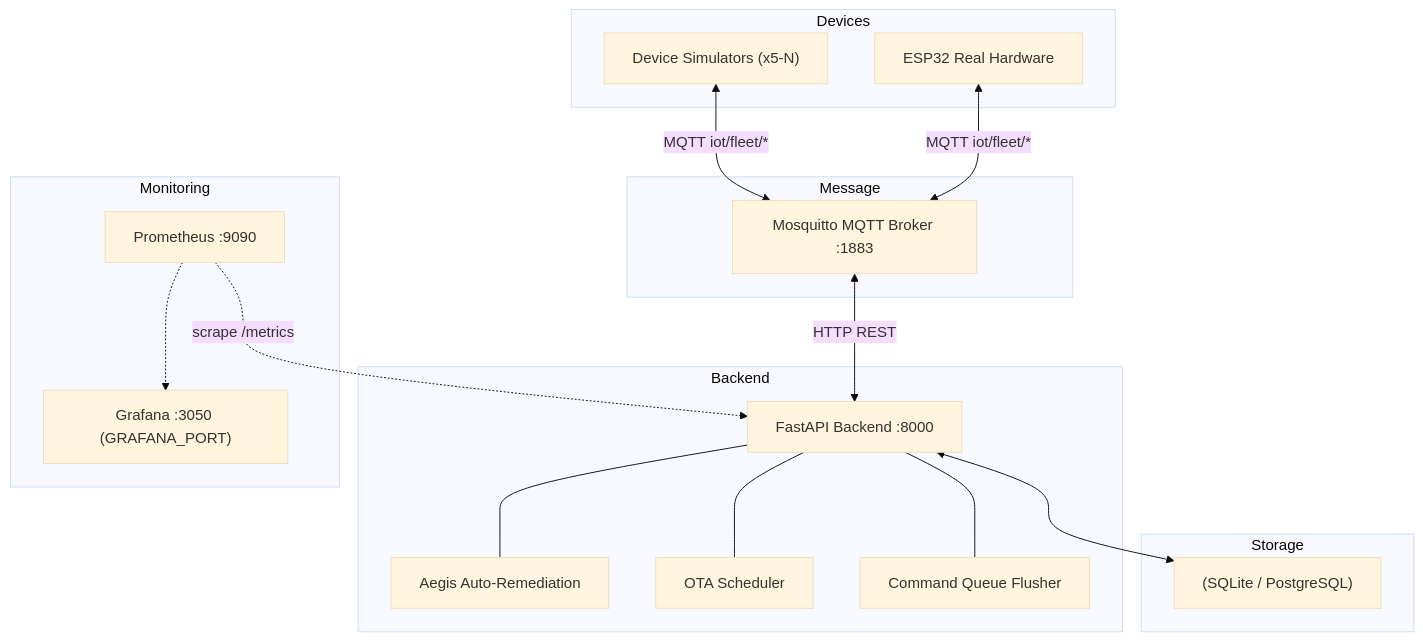
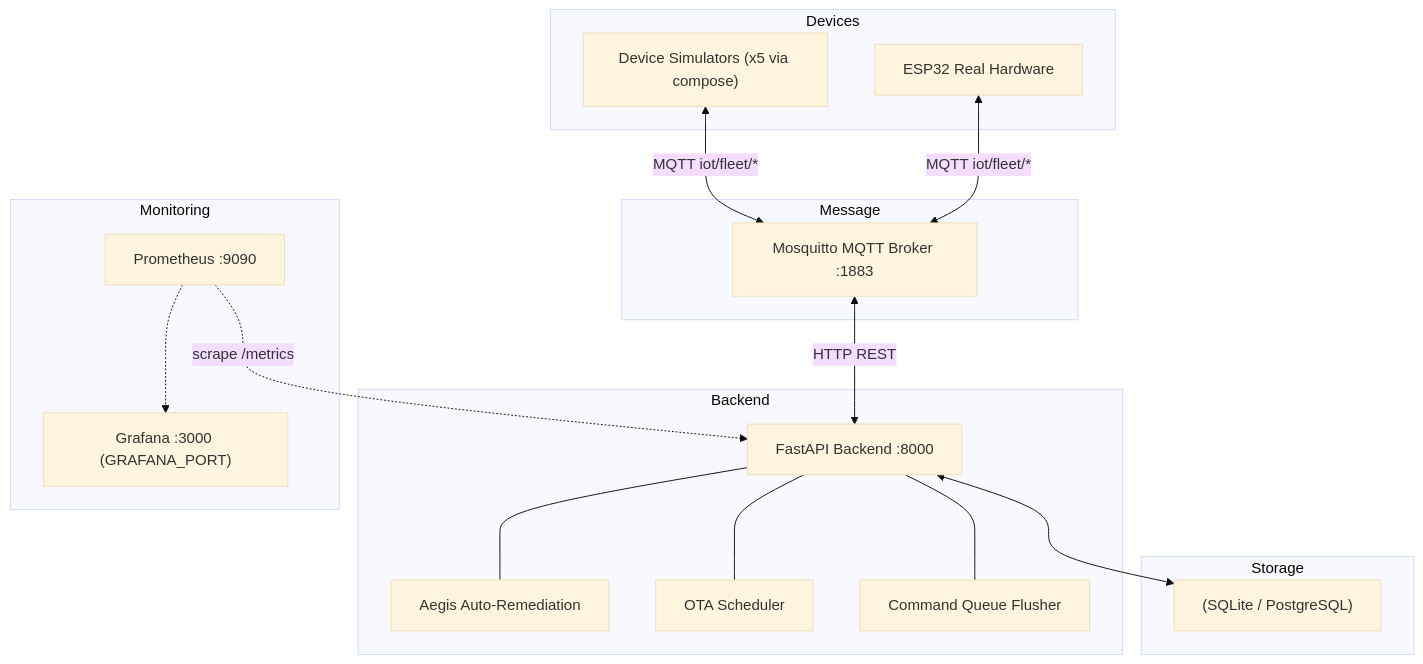
The first of 2 diagrams in README.md (yevano09/fleet-management), drawn with Mermaid (base theme) before and after one commit. The commit also changed other lines of this file and 14 other files, not shown here.

````diff
--- a/README.md
+++ b/README.md
@@ -7,31 +7,31 @@
 ```mermaid
 graph TB
     subgraph Devices["Devices"]
-        SIM["Device Simulators (x5-N)"]
+        SIM["Device Simulators (x5 via compose)"]
         ESP["ESP32 Real Hardware"]
     end
     subgraph MQTT["Message"]
         MOS["Mosquitto MQTT Broker :1883"]
     end
     subgraph Backend["Backend"]
         API["FastAPI Backend :8000"]
         AEG["Aegis Auto-Remediation"]
         SCHED["OTA Scheduler"]
         FLUSH["Command Queue Flusher"]
     end
     subgraph Storage["Storage"]
         DB["(SQLite / PostgreSQL)"]
     end
     subgraph Monitoring["Monitoring"]
         PRO["Prometheus :9090"]
-        GRA["Grafana :3050 (GRAFANA_PORT)"]
+        GRA["Grafana :3000 (GRAFANA_PORT)"]
     end
     SIM & ESP <-->|MQTT iot/fleet/*| MOS
     MOS <-->|HTTP REST| API
     API --- AEG
     API --- SCHED
     API --- FLUSH
     API <--> DB
     PRO -.->|scrape /metrics| API
     PRO -.-> GRA
 ```
````
